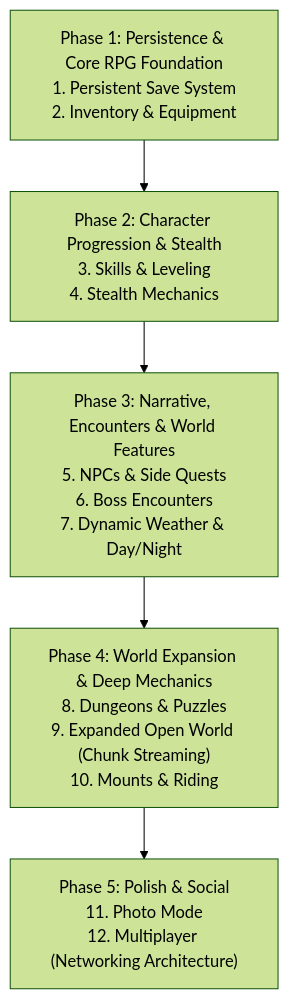
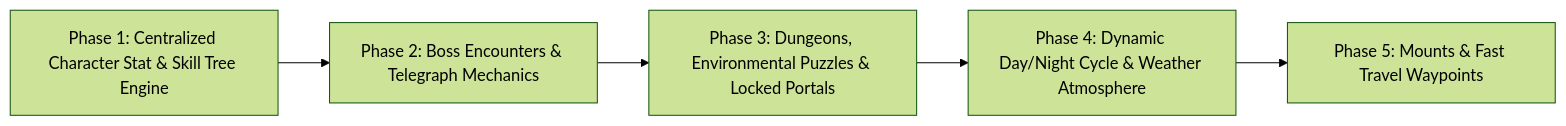
One commit to mercy306/shadow-quest changed the second of 2 diagrams in UPGRADE_PLAN.md. Above: the diagram before and after it, drawn with Mermaid (forest theme). The commit also changed other lines of this file, not shown here.

Commit message:
docs: create comprehensive architectural inspection, verified functionality, and upgrade plan

````diff
--- a/UPGRADE_PLAN.md
+++ b/UPGRADE_PLAN.md
@@ -106,13 +205,13 @@
 ```mermaid
-flowchart TD
-    P1["Phase 1: Persistence & Core RPG Foundation\n1. Persistent Save System\n2. Inventory & Equipment"]
-    P2["Phase 2: Character Progression & Stealth\n3. Skills & Leveling\n4. Stealth Mechanics"]
-    P3["Phase 3: Narrative, Encounters & World Features\n5. NPCs & Side Quests\n6. Boss Encounters\n7. Dynamic Weather & Day/Night"]
-    P4["Phase 4: World Expansion & Deep Mechanics\n8. Dungeons & Puzzles\n9. Expanded Open World (Chunk Streaming)\n10. Mounts & Riding"]
-    P5["Phase 5: Polish & Social\n11. Photo Mode\n12. Multiplayer (Networking Architecture)"]
+flowchart LR
+  Phase1["Phase 1: Centralized Character Stat & Skill Tree Engine"]
+  Phase2["Phase 2: Boss Encounters & Telegraph Mechanics"]
+  Phase3["Phase 3: Dungeons, Environmental Puzzles & Locked Portals"]
+  Phase4["Phase 4: Dynamic Day/Night Cycle & Weather Atmosphere"]
+  Phase5["Phase 5: Mounts & Fast Travel Waypoints"]
 
-    P1 --> P2
-    P2 --> P3
-    P3 --> P4
-    P4 --> P5
+  Phase1 --> Phase2
+  Phase2 --> Phase3
+  Phase3 --> Phase4
+  Phase4 --> Phase5
 ```
````
